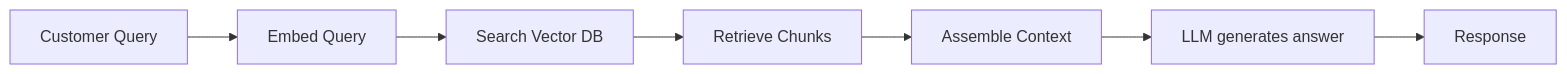
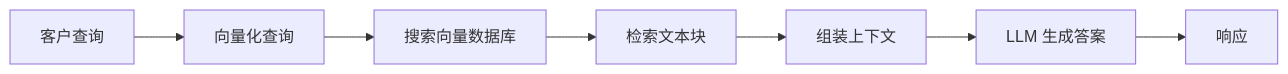
One commit to stars-labs/ai-driven-customer-service changed the second of 3 diagrams in i18n/zh/docusaurus-plugin-content-docs/current/06-ai-models.md. Above: the diagram before and after it, drawn with Mermaid. The commit also changed other lines of this file and 15 other files, not shown here.

````diff
--- a/i18n/zh/docusaurus-plugin-content-docs/current/06-ai-models.md
+++ b/i18n/zh/docusaurus-plugin-content-docs/current/06-ai-models.md
@@ -87,9 +87,9 @@
 ```mermaid
 flowchart LR
-    Q[Customer Query] --> E[Embed Query]
-    E --> S[Search Vector DB]
-    S --> R[Retrieve Chunks]
-    R --> C[Assemble Context]
-    C --> L[LLM generates answer]
-    L --> A[Response]
+    Q[客户查询] --> E[向量化查询]
+    E --> S[搜索向量数据库]
+    S --> R[检索文本块]
+    R --> C[组装上下文]
+    C --> L[LLM 生成答案]
+    L --> A[响应]
 ```
````
